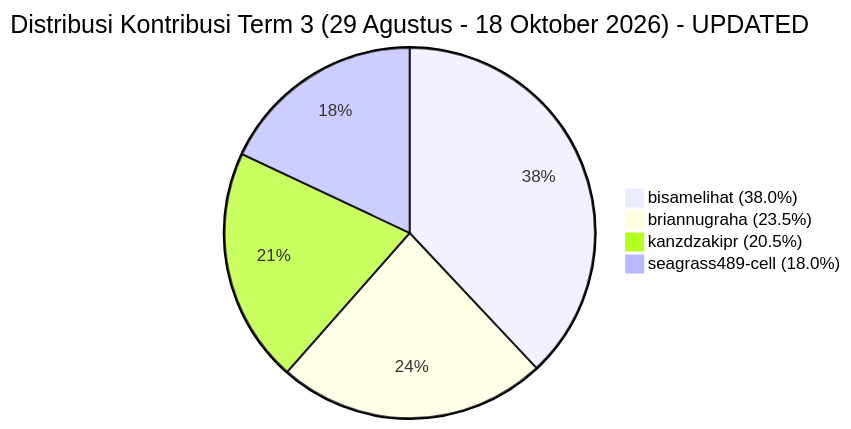
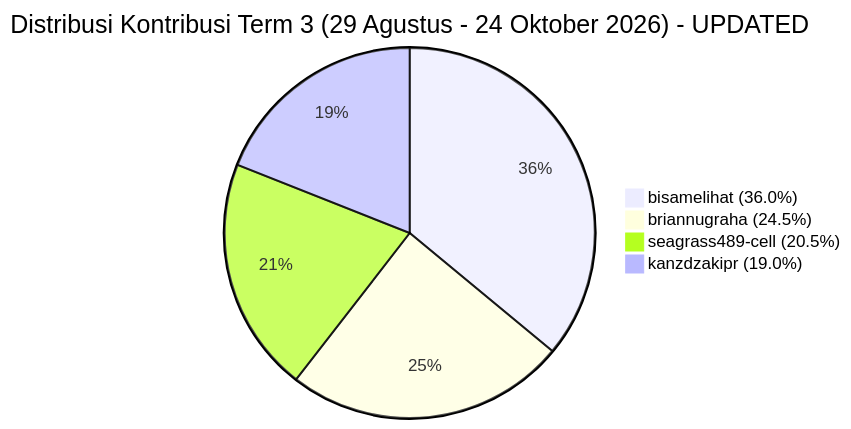
The fourth of 4 diagrams in KONTRIBUSI_TIM.md (kanzdzakipr/ServicePlan-BRA), drawn with Mermaid before and after one commit. The commit also changed other lines of this file, not shown here.

Commit message:
docs: update team contribution report and metrics for term 3 up to October 24, 2026

````diff
--- a/KONTRIBUSI_TIM.md
+++ b/KONTRIBUSI_TIM.md
@@ -118,7 +118,7 @@
 ```mermaid
-pie title Distribusi Kontribusi Term 3 (29 Agustus - 18 Oktober 2026) - UPDATED
-    "bisamelihat (38.0%)" : 38.0
-    "briannugraha (23.5%)" : 23.5
-    "kanzdzakipr (20.5%)" : 20.5
-    "seagrass489-cell (18.0%)" : 18.0
+pie title Distribusi Kontribusi Term 3 (29 Agustus - 24 Oktober 2026) - UPDATED
+    "bisamelihat (36.0%)" : 36.0
+    "briannugraha (24.5%)" : 24.5
+    "seagrass489-cell (20.5%)" : 20.5
+    "kanzdzakipr (19.0%)" : 19.0
 ```
````
